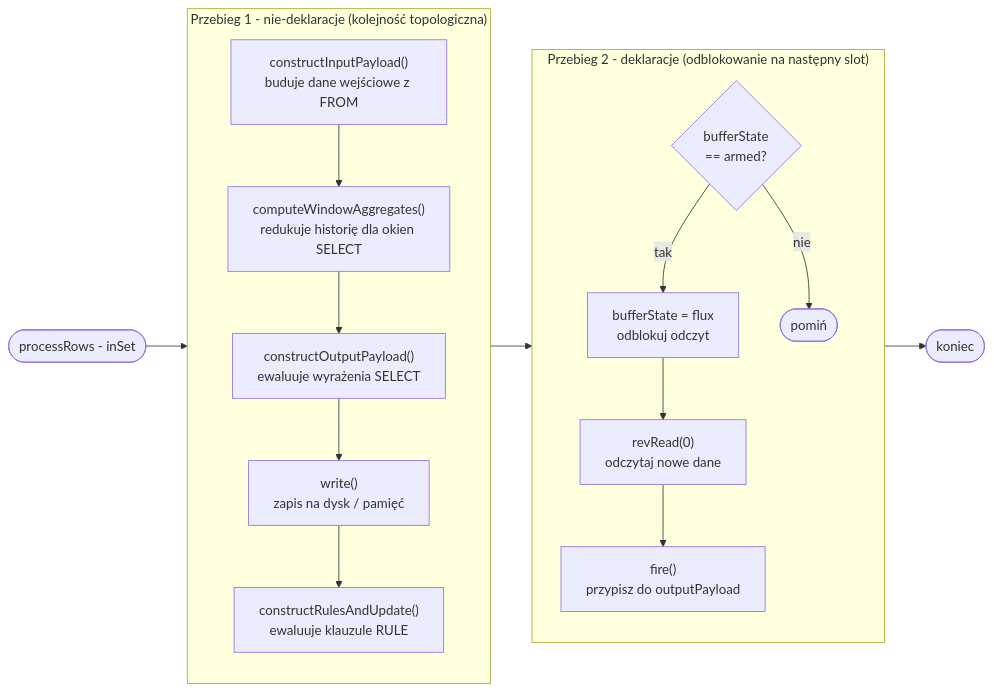
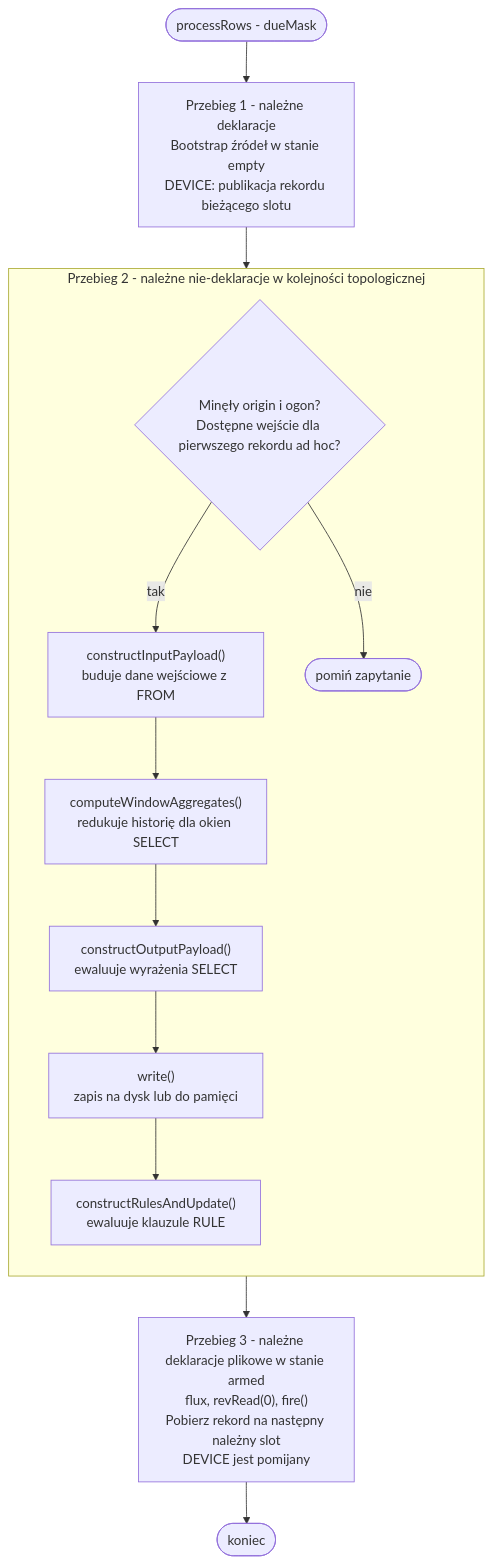
The fourth of 6 diagrams in realizacja-zapytan/algorytm-przegladu-drzewa-zapytan.md (michalwidera/dokumentacja-rdb), drawn with Mermaid before and after one commit. The commit also changed other lines of this file and 4 other files, not shown here.

````diff
--- a/realizacja-zapytan/algorytm-przegladu-drzewa-zapytan.md
+++ b/realizacja-zapytan/algorytm-przegladu-drzewa-zapytan.md
@@ -138,27 +148,20 @@
 ```mermaid
 %%{init: {"markdownAutoWrap": false}}%%
-flowchart LR
-    S([processRows - inSet]) --> P1
+flowchart TB
+    S([processRows - dueMask]) --> P1
+    P1["Przebieg 1 - należne deklaracje<br/>Bootstrap źródeł w stanie empty<br/>DEVICE: publikacja rekordu bieżącego slotu"] --> P2
 
-    subgraph P1["Przebieg 1 - nie-deklaracje (kolejność topologiczna)"]
+    subgraph P2["Przebieg 2 - należne nie-deklaracje w kolejności topologicznej"]
         direction TB
+        X0{"Minęły origin i ogon?<br/>Dostępne wejście dla pierwszego rekordu ad hoc?"} -->|tak| X1
+        X0 -->|nie| X5([pomiń zapytanie])
         X1["constructInputPayload()<br/>buduje dane wejściowe z FROM"] --> XW
         XW["computeWindowAggregates()<br/>redukuje historię dla okien SELECT"] --> X2
         X2["constructOutputPayload()<br/>ewaluuje wyrażenia SELECT"] --> X3
-        X3["write()<br/>zapis na dysk / pamięć"] --> X4
+        X3["write()<br/>zapis na dysk lub do pamięci"] --> X4
         X4["constructRulesAndUpdate()<br/>ewaluuje klauzule RULE"]
     end
 
-    P1 --> P2
-
-    subgraph P2["Przebieg 2 - deklaracje (odblokowanie na następny slot)"]
-        direction TB
-        Y1{"bufferState<br/>== armed?"} -->|tak| Y2
-        Y2["bufferState = flux<br/>odblokuj odczyt"] --> Y3
-        Y3["revRead(0)<br/>odczytaj nowe dane"] --> Y4
-        Y4["fire()<br/>przypisz do outputPayload"]
-        Y1 -->|nie| Y5([pomiń])
-    end
-
-    P2 --> E([koniec])
+    P2 --> P3
+    P3["Przebieg 3 - należne deklaracje plikowe w stanie armed<br/>flux, revRead(0), fire()<br/>Pobierz rekord na następny należny slot<br/>DEVICE jest pomijany"] --> E([koniec])
 ```
````
